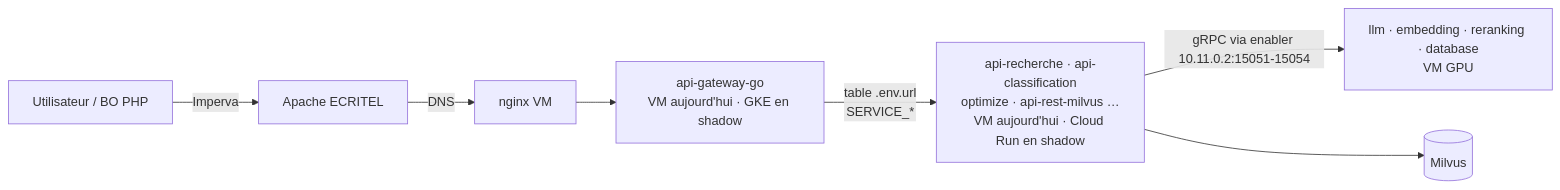
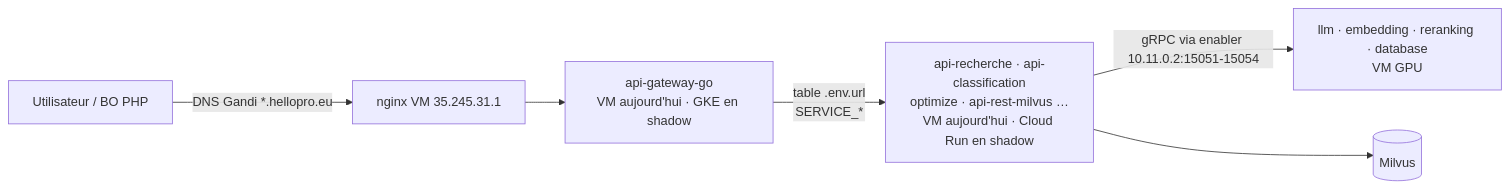
The third of 4 diagrams in docs/migration-microservices/architecture-apres-migration.md (Hellopro-fr/RAG-HP-PUB), drawn with Mermaid before and after one commit. The commit also changed other lines of this file and 3 other files, not shown here.

Commit message:
docs(migration): wave-2 plan (who/what/how/when per sub-wave, Gandi/Ecritel), wave-2 tracker, entry-path fix

````diff
--- a/docs/migration-microservices/architecture-apres-migration.md
+++ b/docs/migration-microservices/architecture-apres-migration.md
@@ -124,7 +124,7 @@
 ```mermaid
 flowchart LR
-  U[Utilisateur / BO PHP] -->|Imperva| AP[Apache ECRITEL] -->|DNS| NG[nginx VM] --> GW[api-gateway-go<br/>VM aujourd'hui · GKE en shadow]
+  U[Utilisateur / BO PHP] -->|DNS Gandi *.hellopro.eu| NG[nginx VM 35.245.31.1] --> GW[api-gateway-go<br/>VM aujourd'hui · GKE en shadow]
   GW -->|table .env.url<br/>SERVICE_*| S[api-recherche · api-classification<br/>optimize · api-rest-milvus …<br/>VM aujourd'hui · Cloud Run en shadow]
   S -->|gRPC via enabler 10.11.0.2:15051-15054| GPU[llm · embedding · reranking · database<br/>VM GPU]
   S --> MIL[(Milvus)]
 ```
````
